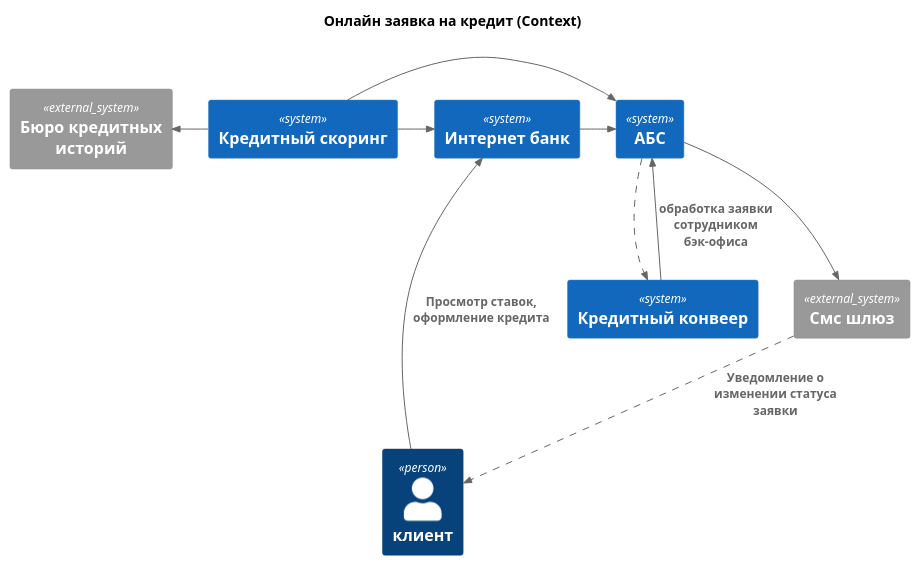
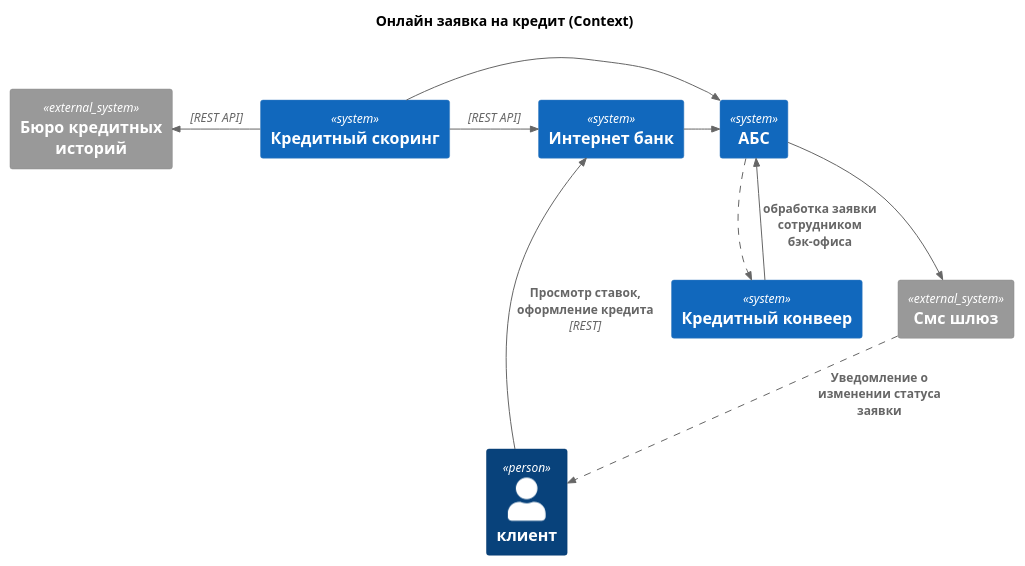
The diagram in Task5/context.puml (bugurshik/architecture-pro-standart), drawn with PlantUML before and after one commit. The commit also changed 2 other files, not shown here.

```diff
--- a/Task5/context.puml
+++ b/Task5/context.puml
@@ -1,30 +1,30 @@
 @startuml Заявка на кредит - Context Diagram
 !include https://raw.githubusercontent.com/plantuml-stdlib/C4-PlantUML/master/C4_Context.puml
 AddRelTag("asyncLine", $lineStyle=DashedLine())
 
 title  Онлайн заявка на кредит (Context)
 Person(customer, "клиент", "")
 
 System(internet_bank, "Интернет банк", "", "", "")
 
 System(abc, "АБС", "", "", "")
 System(credit_score, "Кредитный скоринг", "", "", "")
 System(conveer, "Кредитный конвеер", "", "", "")
 System_Ext(buro, "Бюро кредитных историй")
 
 System_Ext(sms_gateway, "Смс шлюз")
 
-Rel(customer, internet_bank, "Просмотр ставок, оформление кредита")
+Rel(customer, internet_bank, "Просмотр ставок, оформление кредита", "REST")
 Rel(abc, sms_gateway, "")
 
 Rel(abc, conveer, "", $tags="asyncLine" )
 Rel(conveer, abc, "обработка заявки сотрудником бэк-офиса", )
 
 Rel(sms_gateway, customer, "Уведомление о изменении статуса заявки", $tags="asyncLine")
 
 Rel_R(internet_bank, abc, "")
-Rel_R(credit_score, internet_bank, "")
-Rel_L(credit_score, buro, "")
+Rel_R(credit_score, internet_bank, "", "REST API")
+Rel_L(credit_score, buro, "", "REST API")
 Rel_R(credit_score, abc, "")
 
 @enduml
```
